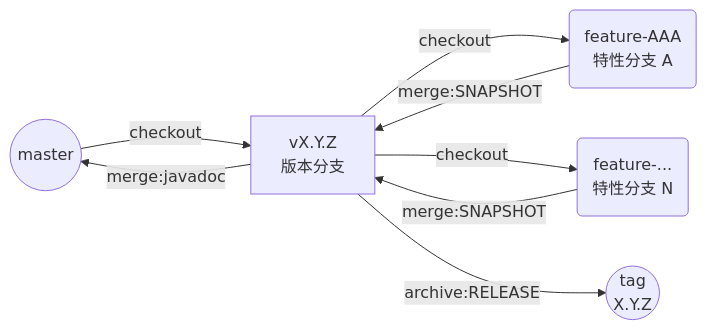
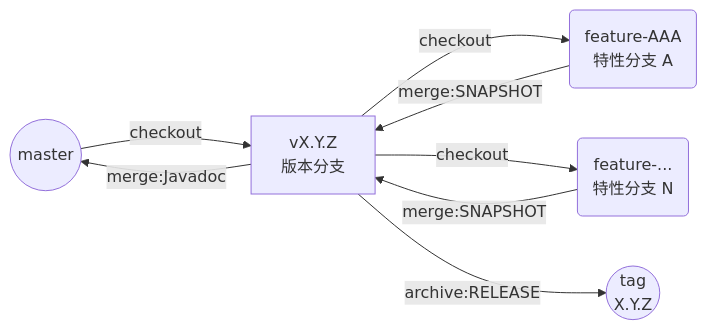
Before and after one commit to EXP-Codes/exp-libs-refactor: the first of 2 diagrams in DevSOP.md, drawn with Mermaid. The commit also changed other lines of this file, not shown here.

````diff
--- a/DevSOP.md
+++ b/DevSOP.md
@@ -28,10 +29,10 @@
 ```mermaid
 graph LR
     master((master)) -- checkout --> version[vX.Y.Z<br/>版本分支]
     version -- checkout --> featureA(feature-AAA<br/>特性分支 A)
     version -- checkout --> featureN(feature-...<br/>特性分支 N)
     featureA -- merge:SNAPSHOT --> version
     featureN -- merge:SNAPSHOT --> version
-    version -- merge:javadoc --> master
+    version -- merge:Javadoc --> master
     version -- archive:RELEASE --> tag((tag<br/>X.Y.Z))
 ```
````
